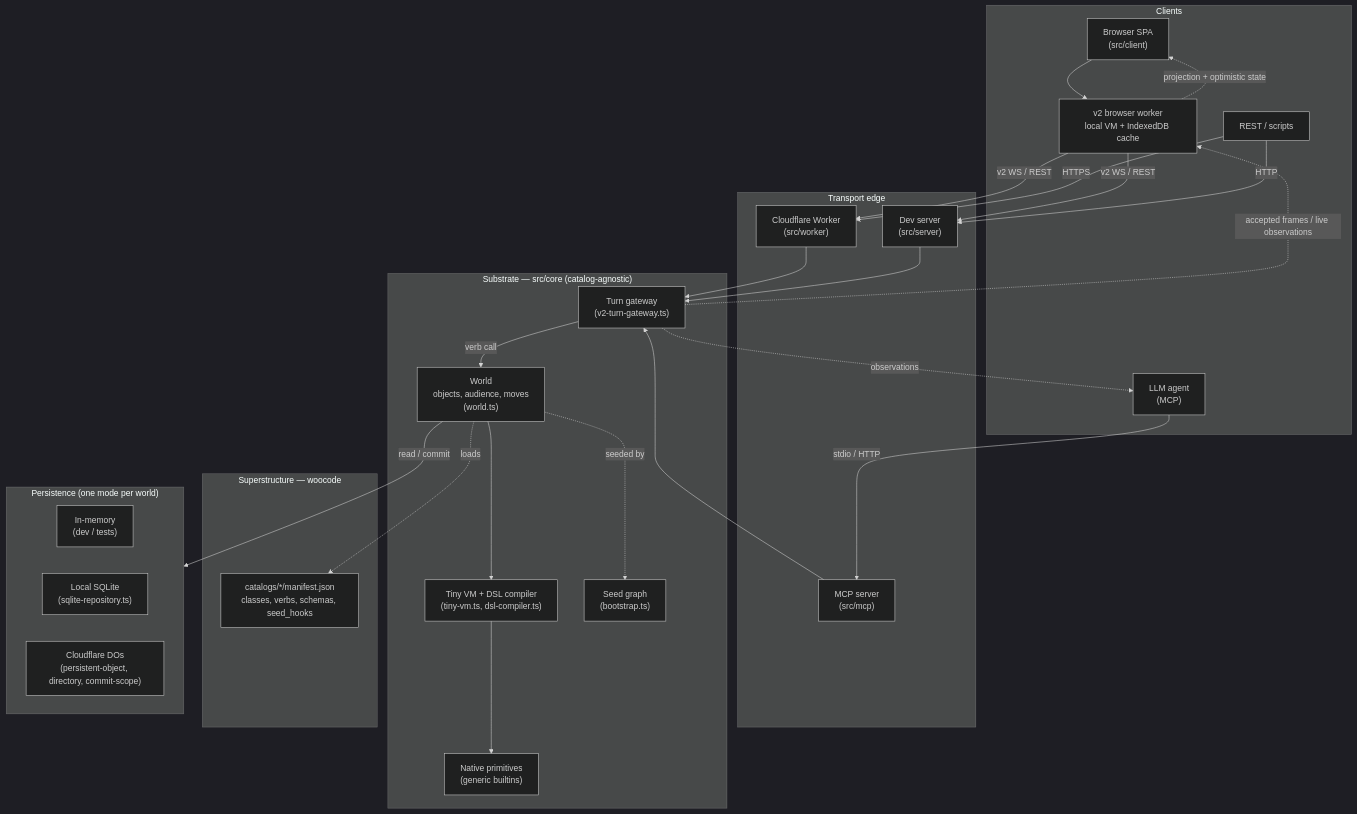
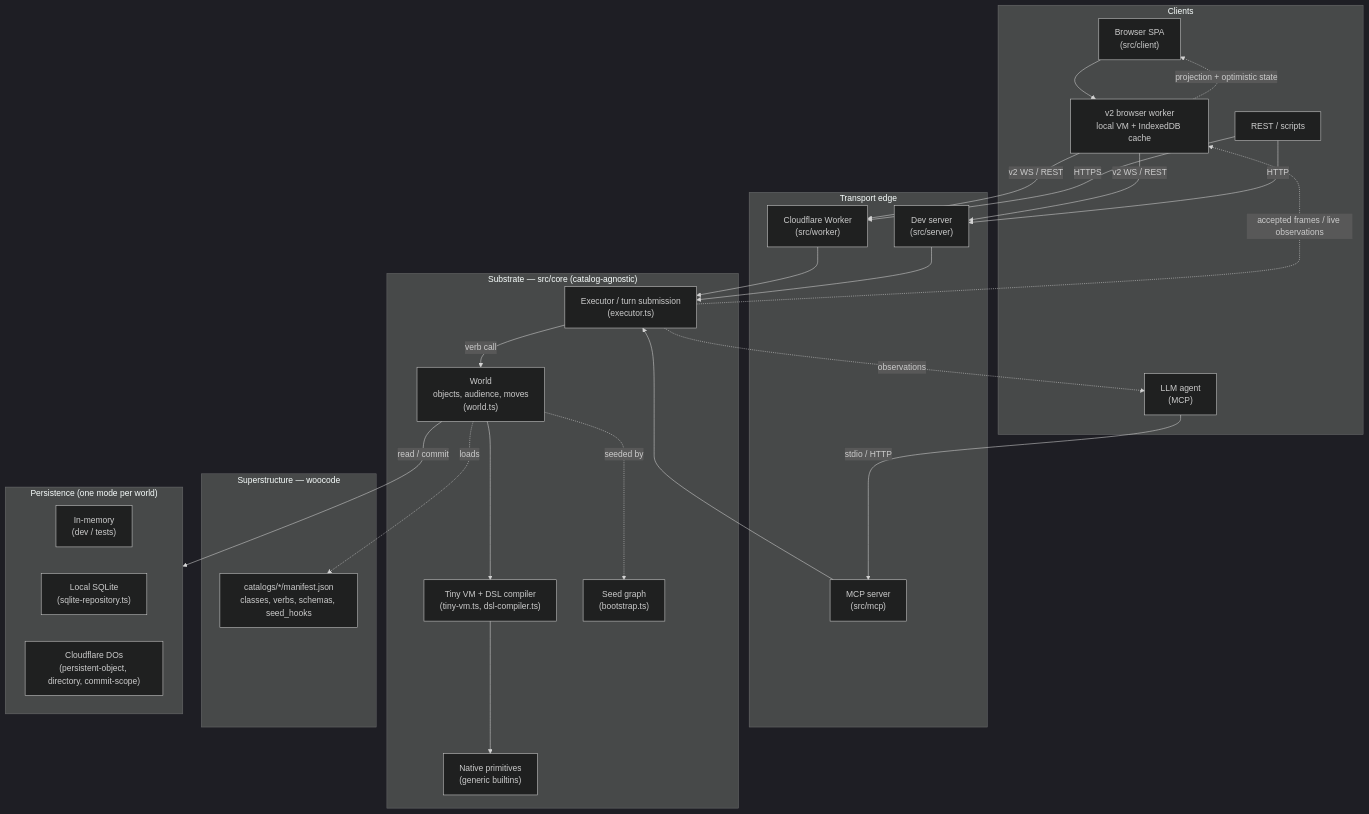
The diagram in docs/architecture.md (generalbusiness-ai/woah), drawn with Mermaid (dark theme) before and after one commit. The commit also changed 3 other files, not shown here.

````diff
--- a/docs/architecture.md
+++ b/docs/architecture.md
@@ -8,55 +8,55 @@
 ```mermaid
 flowchart TD
     subgraph Clients
         Browser["Browser SPA<br/>(src/client)"]
         BrowserWorker["v2 browser worker<br/>local VM + IndexedDB cache"]
         Agent["LLM agent<br/>(MCP)"]
         Curl["REST / scripts"]
     end
 
     subgraph Edge["Transport edge"]
         Worker["Cloudflare Worker<br/>(src/worker)"]
         Dev["Dev server<br/>(src/server)"]
         MCP["MCP server<br/>(src/mcp)"]
     end
 
     subgraph Core["Substrate — src/core (catalog-agnostic)"]
-        Gateway["Turn gateway<br/>(v2-turn-gateway.ts)"]
+        Gateway["Executor / turn submission<br/>(executor.ts)"]
         World["World<br/>objects, audience, moves<br/>(world.ts)"]
         VM["Tiny VM + DSL compiler<br/>(tiny-vm.ts, dsl-compiler.ts)"]
         Builtins["Native primitives<br/>(generic builtins)"]
         Seed["Seed graph<br/>(bootstrap.ts)"]
     end
 
     subgraph Wood["Superstructure — woocode"]
         Cats["catalogs/*/manifest.json<br/>classes, verbs, schemas, seed_hooks"]
     end
 
     subgraph Store["Persistence (one mode per world)"]
         InMem["In-memory<br/>(dev / tests)"]
         SQL["Local SQLite<br/>(sqlite-repository.ts)"]
         DO["Cloudflare DOs<br/>(persistent-object, directory, commit-scope)"]
     end
 
     Browser --> BrowserWorker
     BrowserWorker -->|v2 WS / REST| Worker
     BrowserWorker -->|v2 WS / REST| Dev
     Agent -->|stdio / HTTP| MCP
     Curl -->|HTTPS| Worker
     Curl -->|HTTP| Dev
 
     Worker --> Gateway
     Dev --> Gateway
     MCP --> Gateway
 
     Gateway -->|verb call| World
     World --> VM
     VM --> Builtins
     World -. loads .-> Cats
     World -. seeded by .-> Seed
     World -->|read / commit| Store
 
     Gateway -. "accepted frames / live observations" .-> BrowserWorker
     BrowserWorker -. "projection + optimistic state" .-> Browser
     Gateway -. observations .-> Agent
 ```
````
